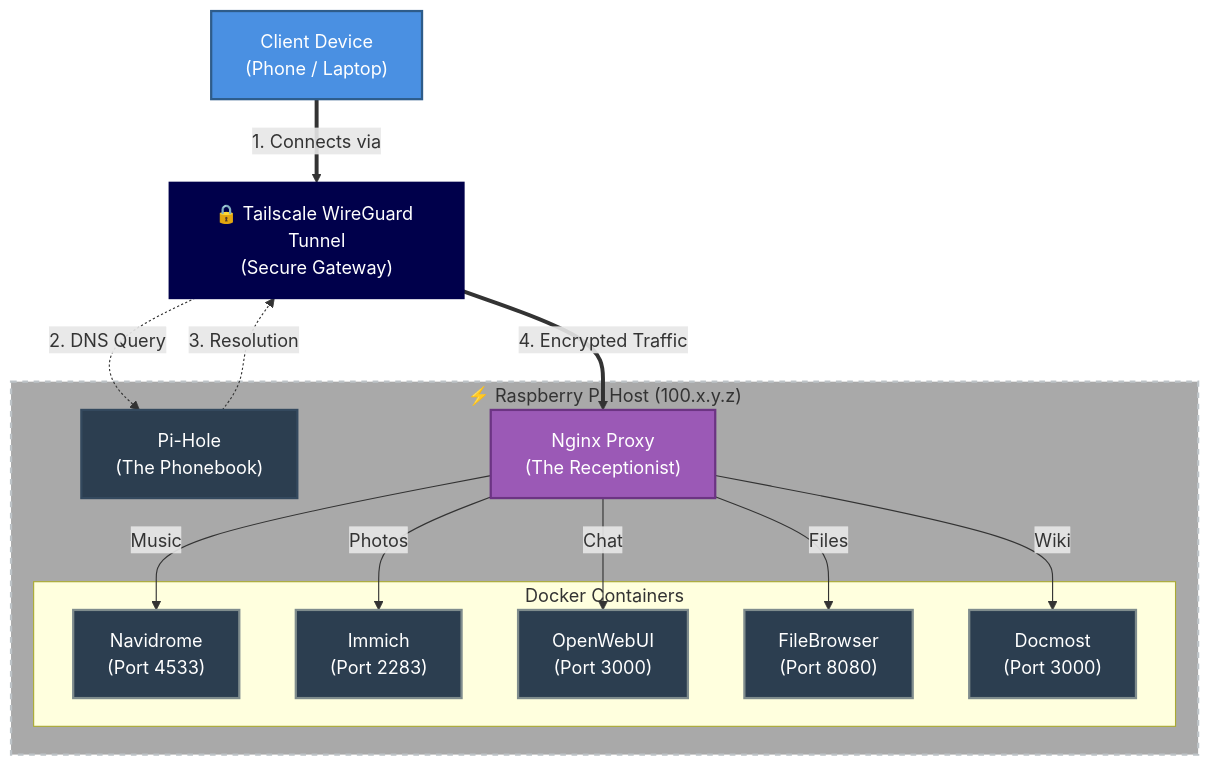
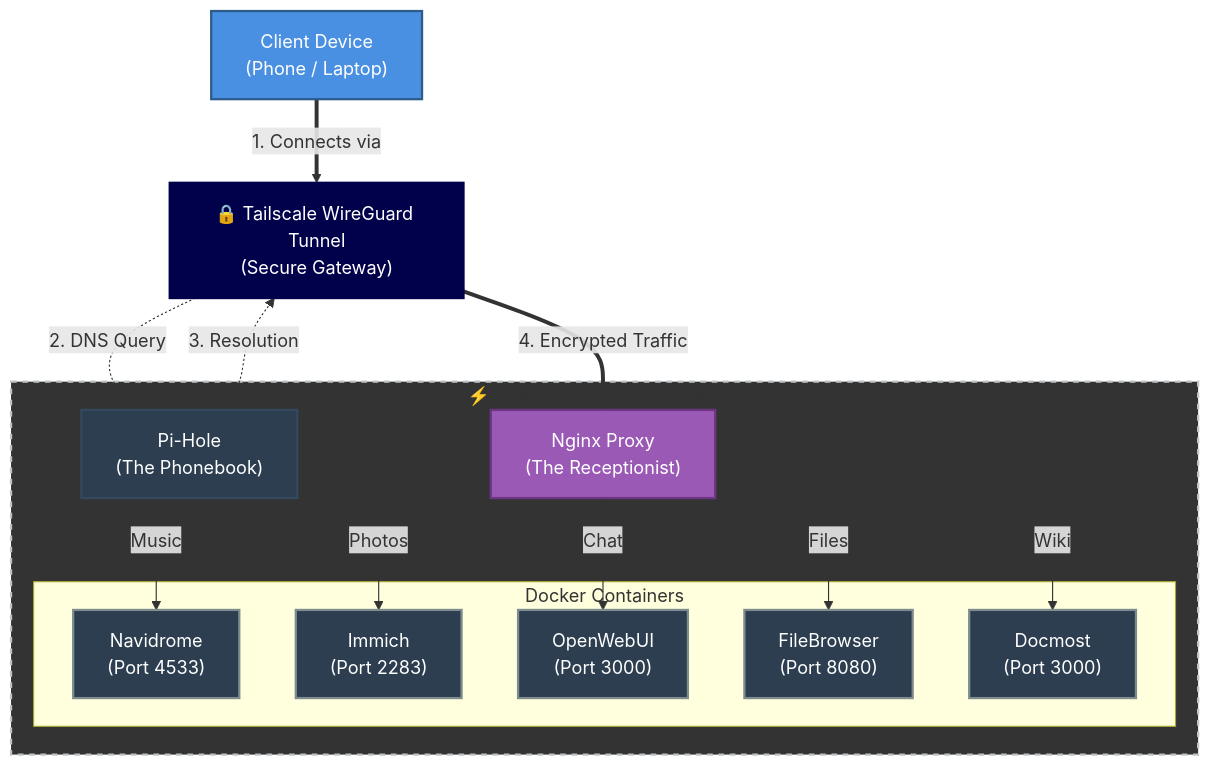
One commit to spaceadler/homelab changed the diagram in README.md. Above: the diagram before and after it, drawn with Mermaid.

````diff
--- a/README.md
+++ b/README.md
@@ -55,65 +55,65 @@
 ```mermaid
 graph TD
 %% --- STYLING DEFINITIONS ---
     
     %% CLIENT (The User Device) -> Currently Bright Blue
     %% fill: Background Color | stroke: Border Color | color: Text Color
     classDef client fill:#4A90E2,stroke:#2E5C8A,stroke-width:2px,color:#fff;
 
     %% DNS (Pi-Hole) -> Currently Dark Navy/Grey
     classDef dns fill:#2C3E50,stroke:#34495E,stroke-width:2px,color:#fff;
 
     %% PROXY (Nginx) -> Currently Purple
     classDef proxy fill:#9B59B6,stroke:#6C3483,stroke-width:2px,color:#fff;
 
     %% SERVICES (The Containers) -> Currently Light Grey/White
     classDef service fill:#2C3E50,stroke:#7F8C8D,stroke-width:2px,color:#fff;
 
     %% VPN (The Tailscale Box) -> Currently Deep Midnight Blue
     classDef vpn fill:#00004B,stroke:#00004B,stroke-width:2px,color:#fff; 
 
     %% HOST (The Raspberry Pi Box) -> Currently White with Dashed Border
-    classDef host fill:#A9A9A9,stroke:#BDC3C7,stroke-width:2px,stroke-dasharray: 5 5;
+    classDef host fill:#333333,stroke:#BDC3C7,stroke-width:2px,stroke-dasharray: 5 5;
 
     %% NODES
     User["Client Device<br/>(Phone / Laptop)"]:::client
     
     %% THE VPN TUNNEL (The Box the phone goes through)
     VPN["🔒 Tailscale WireGuard Tunnel<br/>(Secure Gateway)"]:::vpn
 
     subgraph Host [" ⚡ Raspberry Pi Host (100.x.y.z) "]
         
         PiHole["Pi-Hole<br/>(The Phonebook)"]:::dns
         Nginx["Nginx Proxy<br/>(The Receptionist)"]:::proxy
         
         subgraph Containers [" Docker Containers "]
             Music["Navidrome<br/>(Port 4533)"]:::service
             Immich["Immich<br/>(Port 2283)"]:::service
             AI["OpenWebUI<br/>(Port 3000)"]:::service
             Files["FileBrowser<br/>(Port 8080)"]:::service
             Docs["Docmost<br/>(Port 3000)"]:::service
         end
     end
 
     %% LOGIC FLOW
     
     %% Step 1: The Secure Connection
     User ==>|"1. Connects via"| VPN
 
     %% Step 2: DNS (Through the Tunnel)
     VPN -.->|"2. DNS Query"| PiHole
     PiHole -.->|"3. Resolution"| VPN
 
     %% Step 3: Traffic (Through the Tunnel to Nginx)
     VPN ==>|"4. Encrypted Traffic"| Nginx
 
     %% Step 4: Internal Routing
     Nginx -->|"Music"| Music
     Nginx -->|"Photos"| Immich
     Nginx -->|"Chat"| AI
     Nginx -->|"Files"| Files
     Nginx -->|"Wiki"| Docs
 
     %% Style the Host box
     class Host host;
 ```
````
